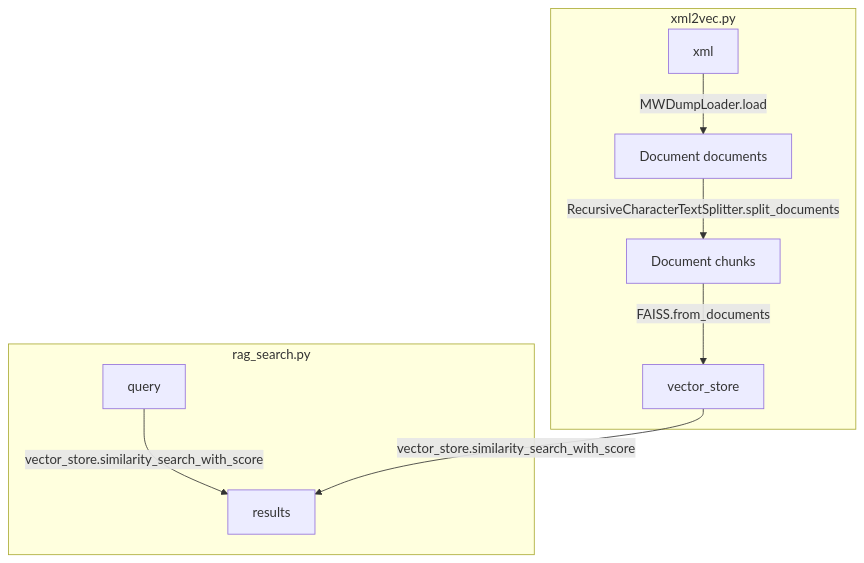
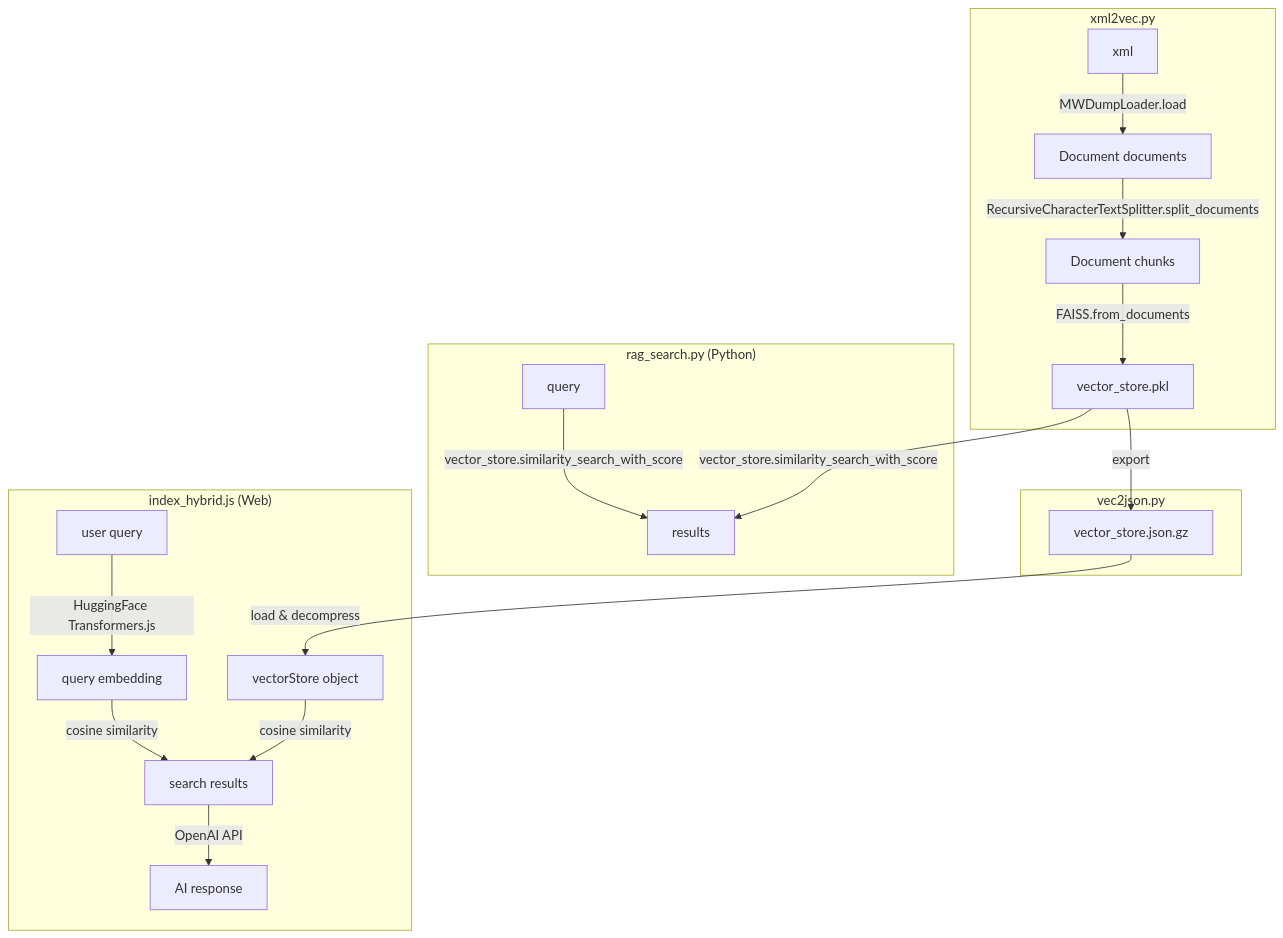
One commit to koteitan/googolbook-lm changed the diagram in tools/rag/README.md. Above: the diagram before and after it, drawn with Mermaid. The commit also changed other lines of this file and 4 other files, not shown here.

````diff
--- a/tools/rag/README.md
+++ b/tools/rag/README.md
@@ -9,13 +9,25 @@
 ```mermaid
 graph TD
     subgraph xml2vec["xml2vec.py"]
         A[xml] -->|MWDumpLoader.load| B[Document documents]
         B -->|RecursiveCharacterTextSplitter.split_documents| C[Document chunks]
-        C -->|FAISS.from_documents| D[vector_store]
+        C -->|FAISS.from_documents| D[vector_store.pkl]
     end
     
-    subgraph rag_search["rag_search.py"]
+    subgraph vec2json["vec2json.py"]
+        D -->|export| G[vector_store.json.gz]
+    end
+    
+    subgraph rag_search["rag_search.py (Python)"]
         E[query] -->|vector_store.similarity_search_with_score| F[results]
         D -->|vector_store.similarity_search_with_score| F
     end
+    
+    subgraph web_interface["index_hybrid.js (Web)"]
+        G -->|load & decompress| H[vectorStore object]
+        I[user query] -->|HuggingFace Transformers.js| J[query embedding]
+        H -->|cosine similarity| K[search results]
+        J -->|cosine similarity| K
+        K -->|OpenAI API| L[AI response]
+    end
 ```
````
